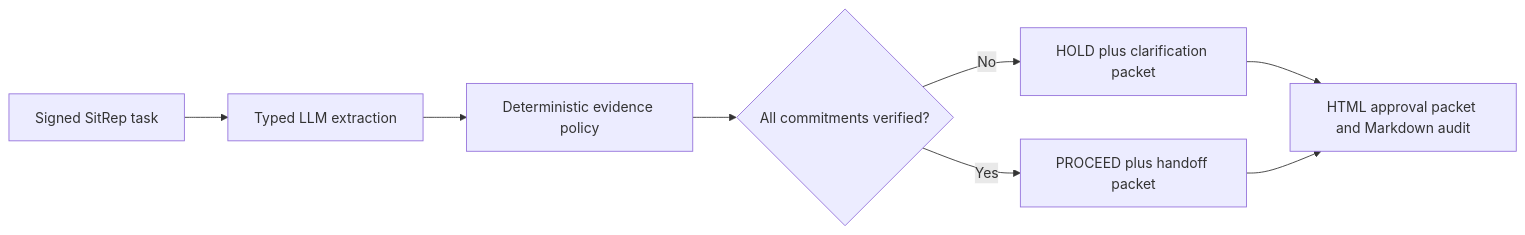
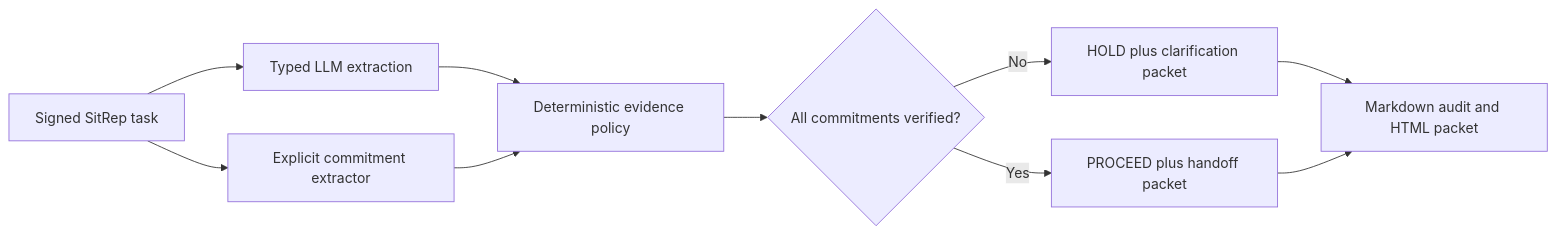
The diagram in README.md (JunHyungKang/actiongate-sitrep), drawn with Mermaid before and after one commit. The commit also changed other lines of this file and 3 other files, not shown here.

````diff
--- a/README.md
+++ b/README.md
@@ -28,10 +28,12 @@
 ```mermaid
 flowchart LR
     A[Signed SitRep task] --> B[Typed LLM extraction]
-    B --> C[Deterministic evidence policy]
-    C --> D{All commitments verified?}
-    D -->|No| E[HOLD plus clarification packet]
-    D -->|Yes| F[PROCEED plus handoff packet]
-    E --> G[HTML approval packet and Markdown audit]
-    F --> G
+    A --> C[Explicit commitment extractor]
+    B --> D[Deterministic evidence policy]
+    C --> D
+    D --> E{All commitments verified?}
+    E -->|No| F[HOLD plus clarification packet]
+    E -->|Yes| G[PROCEED plus handoff packet]
+    F --> H[Markdown audit and HTML packet]
+    G --> H
 ```
````
